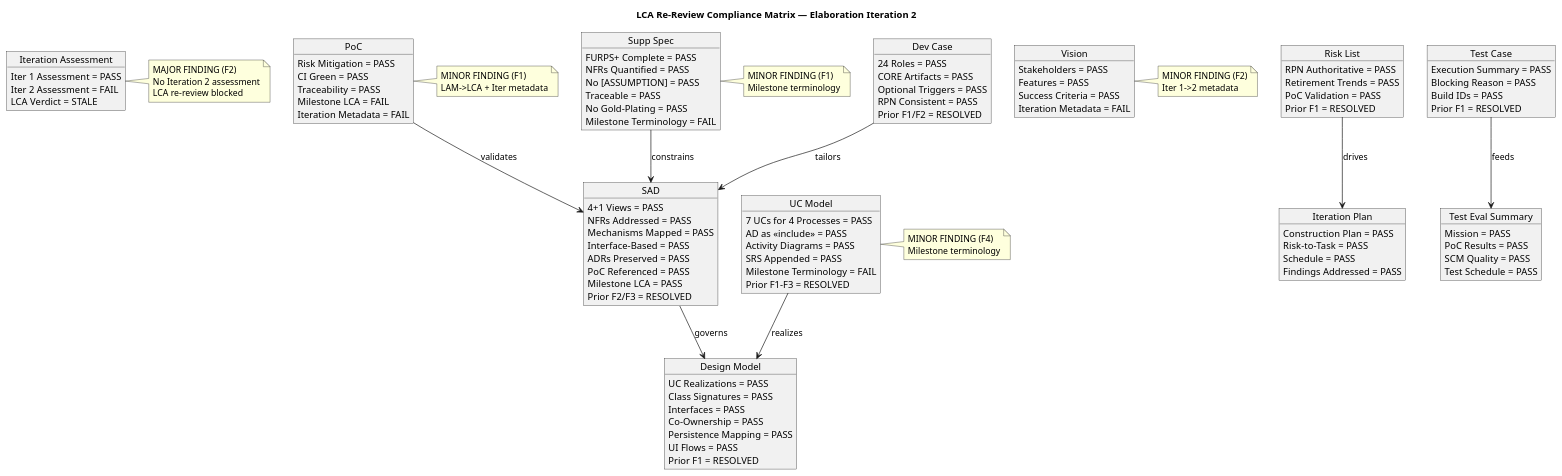
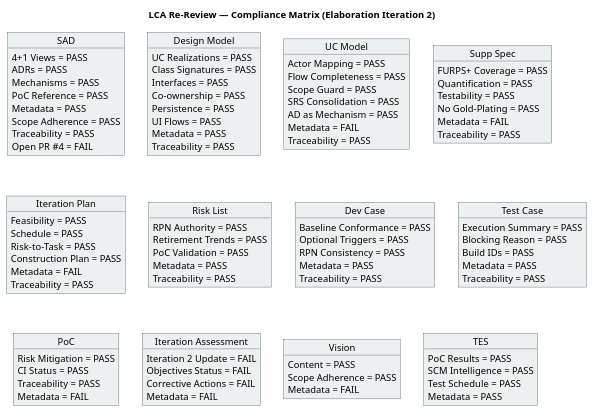
The first of 2 diagrams in docs/artifacts/project-management/review-record.md (banense-test/demo-janke-lab), drawn with PlantUML before and after one commit. The commit also changed other lines of this file, not shown here.

First line of the commit message:
Reviewer [E2]: upsert Review Record

````diff
--- a/docs/artifacts/project-management/review-record.md
+++ b/docs/artifacts/project-management/review-record.md
@@ -89,136 +137,110 @@
 ```plantuml
 @startuml
-title LCA Re-Review Compliance Matrix — Elaboration Iteration 2
+title LCA Re-Review — Compliance Matrix (Elaboration Iteration 2)
+
+skinparam objectBorderColor #2c3e50
+skinparam objectBackgroundColor #ecf0f1
 
 object "SAD" as SAD {
   4+1 Views = PASS
-  NFRs Addressed = PASS
-  Mechanisms Mapped = PASS
-  Interface-Based = PASS
-  ADRs Preserved = PASS
-  PoC Referenced = PASS
-  Milestone LCA = PASS
-  Prior F2/F3 = RESOLVED
+  ADRs = PASS
+  Mechanisms = PASS
+  PoC Reference = PASS
+  Metadata = PASS
+  Scope Adherence = PASS
+  Traceability = PASS
+  Open PR #4 = FAIL
 }
 
 object "Design Model" as DM {
   UC Realizations = PASS
   Class Signatures = PASS
   Interfaces = PASS
-  Co-Ownership = PASS
-  Persistence Mapping = PASS
+  Co-ownership = PASS
+  Persistence = PASS
   UI Flows = PASS
-  Prior F1 = RESOLVED
+  Metadata = PASS
+  Traceability = PASS
 }
 
 object "UC Model" as UCM {
-  7 UCs for 4 Processes = PASS
-  AD as <<include>> = PASS
-  Activity Diagrams = PASS
-  SRS Appended = PASS
-  Milestone Terminology = FAIL
-  Prior F1-F3 = RESOLVED
+  Actor Mapping = PASS
+  Flow Completeness = PASS
+  Scope Guard = PASS
+  SRS Consolidation = PASS
+  AD as Mechanism = PASS
+  Metadata = FAIL
+  Traceability = PASS
 }
 
 object "Supp Spec" as SS {
-  FURPS+ Complete = PASS
-  NFRs Quantified = PASS
-  No [ASSUMPTION] = PASS
-  Traceable = PASS
+  FURPS+ Coverage = PASS
+  Quantification = PASS
+  Testability = PASS
   No Gold-Plating = PASS
-  Milestone Terminology = FAIL
+  Metadata = FAIL
+  Traceability = PASS
+}
+
+object "Iteration Plan" as IP {
+  Feasibility = PASS
+  Schedule = PASS
+  Risk-to-Task = PASS
+  Construction Plan = PASS
+  Metadata = FAIL
+  Traceability = PASS
 }
 
 object "Risk List" as RL {
-  RPN Authoritative = PASS
+  RPN Authority = PASS
   Retirement Trends = PASS
   PoC Validation = PASS
-  Prior F1 = RESOLVED
+  Metadata = PASS
+  Traceability = PASS
 }
 
 object "Dev Case" as DC {
-  24 Roles = PASS
-  CORE Artifacts = PASS
+  Baseline Conformance = PASS
   Optional Triggers = PASS
-  RPN Consistent = PASS
-  Prior F1/F2 = RESOLVED
-}
-
-object "Iteration Plan" as IP {
-  Construction Plan = PASS
-  Risk-to-Task = PASS
-  Schedule = PASS
-  Findings Addressed = PASS
+  RPN Consistency = PASS
+  Metadata = PASS
+  Traceability = PASS
 }
 
 object "Test Case" as TC {
   Execution Summary = PASS
   Blocking Reason = PASS
   Build IDs = PASS
-  Prior F1 = RESOLVED
+  Metadata = PASS
+  Traceability = PASS
 }
 
 object "PoC" as POC {
   Risk Mitigation = PASS
-  CI Green = PASS
+  CI Status = PASS
   Traceability = PASS
-  Milestone LCA = FAIL
-  Iteration Metadata = FAIL
+  Metadata = FAIL
 }
 
 object "Iteration Assessment" as IA {
-  Iter 1 Assessment = PASS
-  Iter 2 Assessment = FAIL
-  LCA Verdict = STALE
+  Iteration 2 Update = FAIL
+  Objectives Status = FAIL
+  Corrective Actions = FAIL
+  Metadata = FAIL
 }
 
 object "Vision" as VIS {
-  Stakeholders = PASS
-  Features = PASS
-  Success Criteria = PASS
-  Iteration Metadata = FAIL
+  Content = PASS
+  Scope Adherence = PASS
+  Metadata = FAIL
 }
 
-object "Test Eval Summary" as TES {
-  Mission = PASS
+object "TES" as TES {
   PoC Results = PASS
-  SCM Quality = PASS
+  SCM Intelligence = PASS
   Test Schedule = PASS
+  Metadata = PASS
 }
-
-SAD --> DM : governs
-UCM --> DM : realizes
-SS --> SAD : constrains
-RL --> IP : drives
-DC --> SAD : tailors
-POC --> SAD : validates
-TC --> TES : feeds
-
-note right of IA
-  MAJOR FINDING (F2)
-  No Iteration 2 assessment
-  LCA re-review blocked
-end note
-
-note right of POC
-  MINOR FINDING (F1)
-  LAM->LCA + Iter metadata
-end note
-
-note right of VIS
-  MINOR FINDING (F2)
-  Iter 1->2 metadata
-end note
-
-note right of UCM
-  MINOR FINDING (F4)
-  Milestone terminology
-end note
-
-note right of SS
-  MINOR FINDING (F1)
-  Milestone terminology
-end note
 
 @enduml
 ```
````
